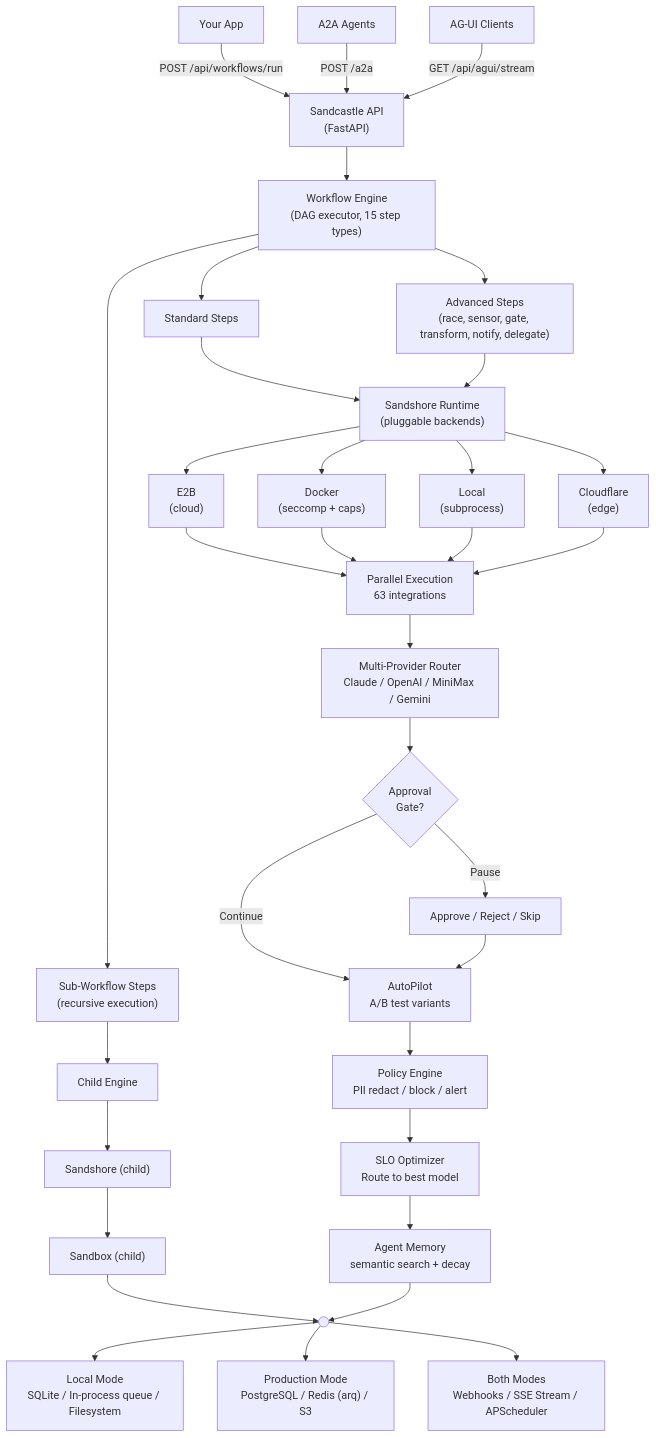
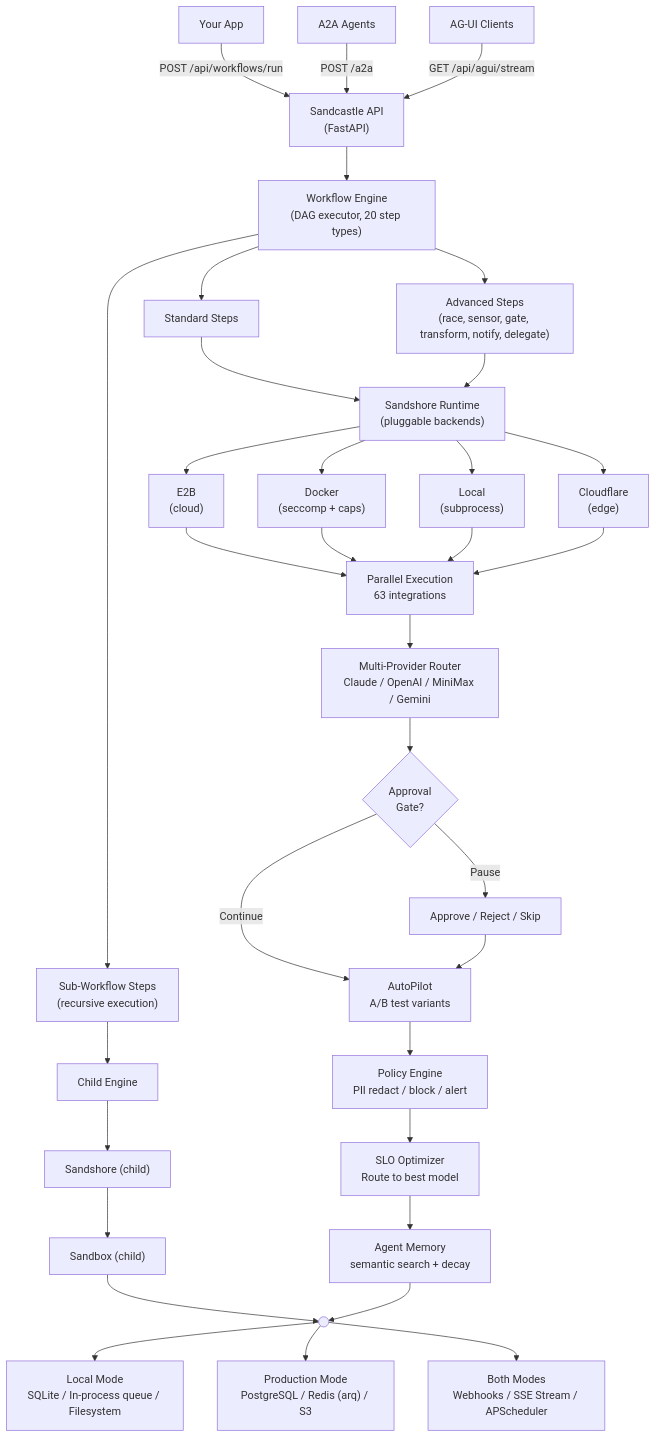
The second of 2 diagrams in README.md (gizmax/Sandcastle), drawn with Mermaid before and after one commit. The commit also changed other lines of this file and 47 other files, not shown here.

````diff
--- a/README.md
+++ b/README.md
@@ -1818,47 +1896,47 @@
 ```mermaid
 flowchart TD
     App["Your App"] -->|"POST /api/workflows/run"| API["Sandcastle API\n(FastAPI)"]
     A2A["A2A Agents"] -->|"POST /a2a"| API
     AGUI["AG-UI Clients"] -->|"GET /api/agui/stream"| API
 
-    API --> Engine["Workflow Engine\n(DAG executor, 15 step types)"]
+    API --> Engine["Workflow Engine\n(DAG executor, 20 step types)"]
 
     Engine --> Standard["Standard Steps"]
     Engine --> Sub["Sub-Workflow Steps\n(recursive execution)"]
     Engine --> Advanced["Advanced Steps\n(race, sensor, gate, transform, notify, delegate)"]
 
     Standard --> Sandshore["Sandshore Runtime\n(pluggable backends)"]
     Sub --> Child["Child Engine"]
     Advanced --> Sandshore
     Child --> SandshoreChild["Sandshore (child)"]
 
     Sandshore --> E2B["E2B\n(cloud)"]
     Sandshore --> Docker["Docker\n(seccomp + caps)"]
     Sandshore --> Local["Local\n(subprocess)"]
     Sandshore --> CF["Cloudflare\n(edge)"]
     SandshoreChild --> E2B2["Sandbox (child)"]
 
     E2B --> Execution
     Docker --> Execution
     Local --> Execution
     CF --> Execution
     E2B2 --> Merge
 
     Execution["Parallel Execution\n63 integrations"] --> Provider["Multi-Provider Router\nClaude / OpenAI / MiniMax / Gemini"]
 
     Provider --> Gate{"Approval\nGate?"}
 
     Gate -->|"Pause"| Review["Approve / Reject / Skip"]
     Gate -->|"Continue"| AutoPilot
 
     Review --> AutoPilot["AutoPilot\nA/B test variants"]
     AutoPilot --> Policy["Policy Engine\nPII redact / block / alert"]
     Policy --> Optimizer["SLO Optimizer\nRoute to best model"]
     Optimizer --> Memory["Agent Memory\nsemantic search + decay"]
 
     Memory --> Merge((" "))
 
     Merge --> LocalMode["Local Mode\nSQLite / In-process queue / Filesystem"]
     Merge --> ProdMode["Production Mode\nPostgreSQL / Redis (arq) / S3"]
     Merge --> BothModes["Both Modes\nWebhooks / SSE Stream / APScheduler"]
 ```
````
